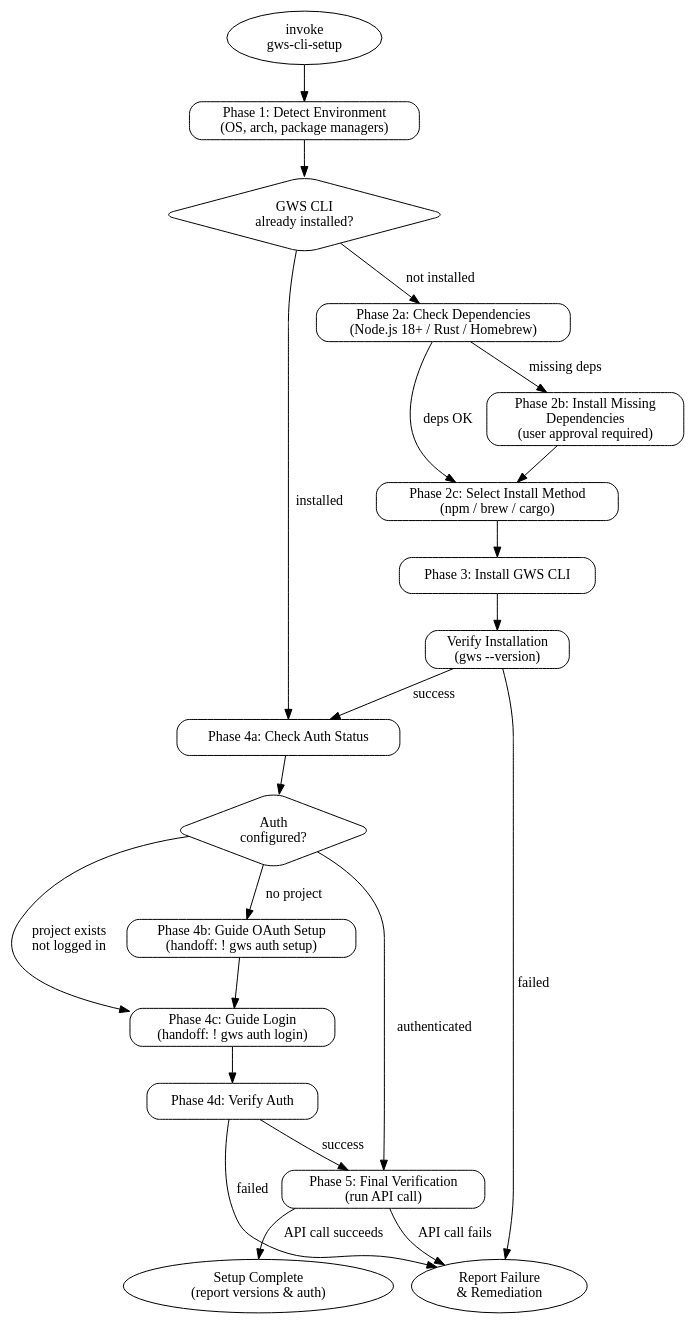
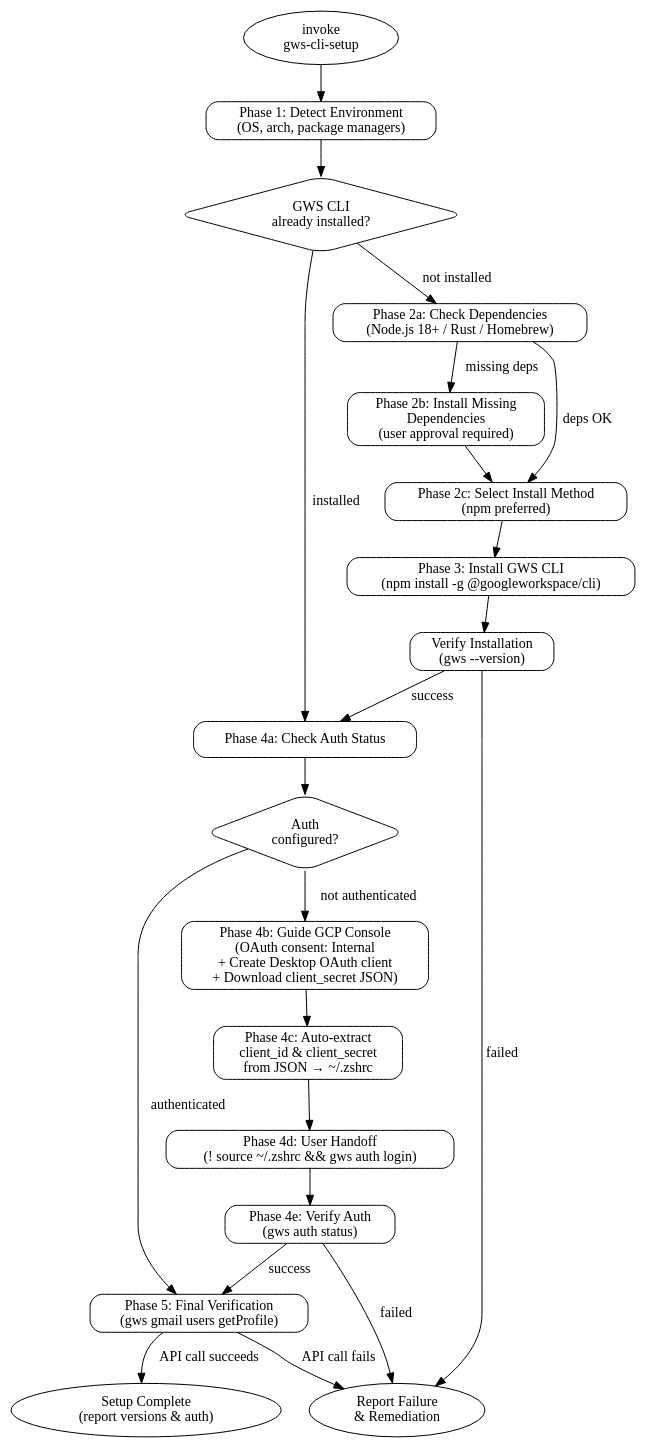
Before and after one commit to bagelcode-gamestudio/claude-plugins: the diagram in plugins/gws-cli-setup/skills/gws-cli-setup/SKILL.md, drawn with Graphviz. The commit also changed other lines of this file, not shown here.

First line of the commit message:
fix(gws-cli-setup): 실사용 피드백 반영하여 스킬 문서 개선

````diff
--- a/plugins/gws-cli-setup/skills/gws-cli-setup/SKILL.md
+++ b/plugins/gws-cli-setup/skills/gws-cli-setup/SKILL.md
@@ -126,45 +193,46 @@
 ```graphviz
 digraph gws_cli_setup {
   rankdir=TB;
   node [shape=box style=rounded];
 
   START      [label="invoke\ngws-cli-setup" shape=oval];
   DETECT_OS  [label="Phase 1: Detect Environment\n(OS, arch, package managers)"];
   CHECK_GWS  [label="GWS CLI\nalready installed?" shape=diamond];
   CHECK_DEPS [label="Phase 2a: Check Dependencies\n(Node.js 18+ / Rust / Homebrew)"];
   INSTALL_D  [label="Phase 2b: Install Missing\nDependencies\n(user approval required)"];
-  SELECT_M   [label="Phase 2c: Select Install Method\n(npm / brew / cargo)"];
-  INSTALL_G  [label="Phase 3: Install GWS CLI"];
+  SELECT_M   [label="Phase 2c: Select Install Method\n(npm preferred)"];
+  INSTALL_G  [label="Phase 3: Install GWS CLI\n(npm install -g @googleworkspace/cli)"];
   VERIFY_I   [label="Verify Installation\n(gws --version)"];
   AUTH_CHECK [label="Phase 4a: Check Auth Status"];
   AUTH_NEED  [label="Auth\nconfigured?" shape=diamond];
-  AUTH_SETUP [label="Phase 4b: Guide OAuth Setup\n(handoff: ! gws auth setup)"];
-  AUTH_LOGIN [label="Phase 4c: Guide Login\n(handoff: ! gws auth login)"];
-  AUTH_VERI  [label="Phase 4d: Verify Auth"];
-  FINAL      [label="Phase 5: Final Verification\n(run API call)"];
+  GCP_SETUP  [label="Phase 4b: Guide GCP Console\n(OAuth consent: Internal\n+ Create Desktop OAuth client\n+ Download client_secret JSON)"];
+  ENV_SETUP  [label="Phase 4c: Auto-extract\nclient_id & client_secret\nfrom JSON → ~/.zshrc"];
+  AUTH_LOGIN [label="Phase 4d: User Handoff\n(! source ~/.zshrc && gws auth login)"];
+  AUTH_VERI  [label="Phase 4e: Verify Auth\n(gws auth status)"];
+  FINAL      [label="Phase 5: Final Verification\n(gws gmail users getProfile)"];
   SUCCESS    [label="Setup Complete\n(report versions & auth)" shape=oval];
   FAIL       [label="Report Failure\n& Remediation" shape=oval];
 
   START      -> DETECT_OS;
   DETECT_OS  -> CHECK_GWS;
   CHECK_GWS  -> AUTH_CHECK     [label="installed"];
   CHECK_GWS  -> CHECK_DEPS     [label="not installed"];
   CHECK_DEPS -> INSTALL_D      [label="missing deps"];
   CHECK_DEPS -> SELECT_M       [label="deps OK"];
   INSTALL_D  -> SELECT_M;
   SELECT_M   -> INSTALL_G;
   INSTALL_G  -> VERIFY_I;
   VERIFY_I   -> AUTH_CHECK     [label="success"];
   VERIFY_I   -> FAIL           [label="failed"];
   AUTH_CHECK -> AUTH_NEED;
   AUTH_NEED  -> FINAL          [label="authenticated"];
-  AUTH_NEED  -> AUTH_SETUP     [label="no project"];
-  AUTH_NEED  -> AUTH_LOGIN     [label="project exists\nnot logged in"];
-  AUTH_SETUP -> AUTH_LOGIN;
+  AUTH_NEED  -> GCP_SETUP      [label="not authenticated"];
+  GCP_SETUP  -> ENV_SETUP;
+  ENV_SETUP  -> AUTH_LOGIN;
   AUTH_LOGIN -> AUTH_VERI;
   AUTH_VERI  -> FINAL          [label="success"];
   AUTH_VERI  -> FAIL           [label="failed"];
   FINAL      -> SUCCESS        [label="API call succeeds"];
   FINAL      -> FAIL           [label="API call fails"];
 }
 ```
````
